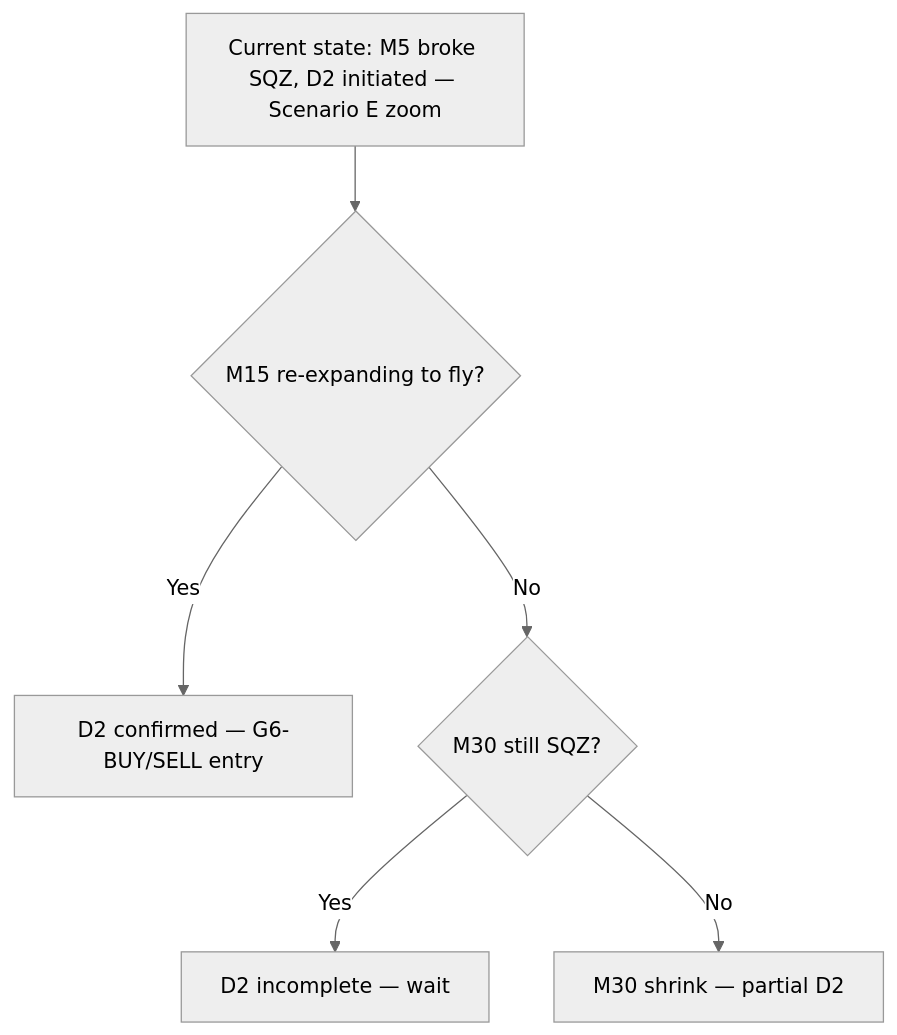
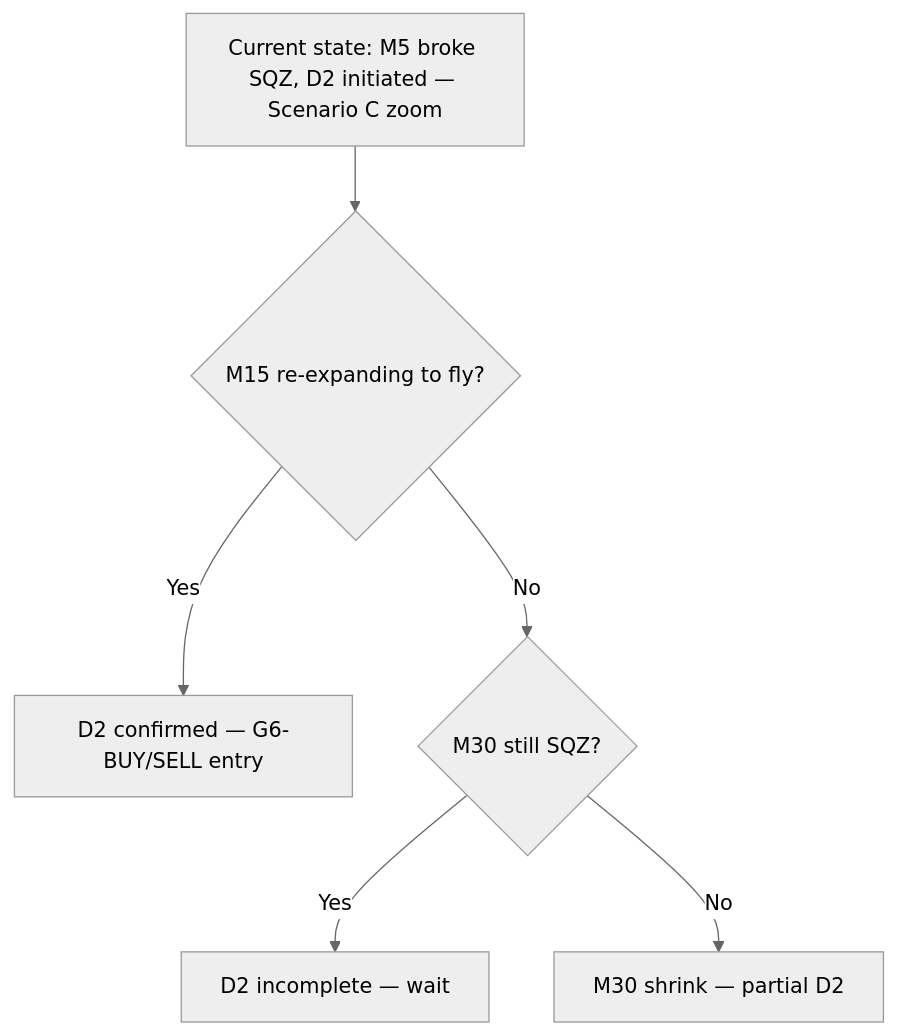
One commit to Terrypang89/BB_MTF_M15_STRATEGY changed diagram 11 of 12 in references/IMAGE_ANALYSIS.md. Above: the diagram before and after it, drawn with Mermaid (neutral theme). The commit also changed other lines of this file and 12 other files, not shown here.

````diff
--- a/references/IMAGE_ANALYSIS.md
+++ b/references/IMAGE_ANALYSIS.md
@@ -820,9 +820,9 @@
 ```mermaid
 flowchart TD
-    A["Current state: M5 broke SQZ, D2 initiated — Scenario E zoom"]
+    A["Current state: M5 broke SQZ, D2 initiated — Scenario C zoom"]
     A --> B{"M15 re-expanding to fly?"}
     B -->|Yes| C["D2 confirmed — G6-BUY/SELL entry"]
     B -->|No| D{"M30 still SQZ?"}
     D -->|Yes| E["D2 incomplete — wait"]
     D -->|No| F["M30 shrink — partial D2"]
 ```
````
